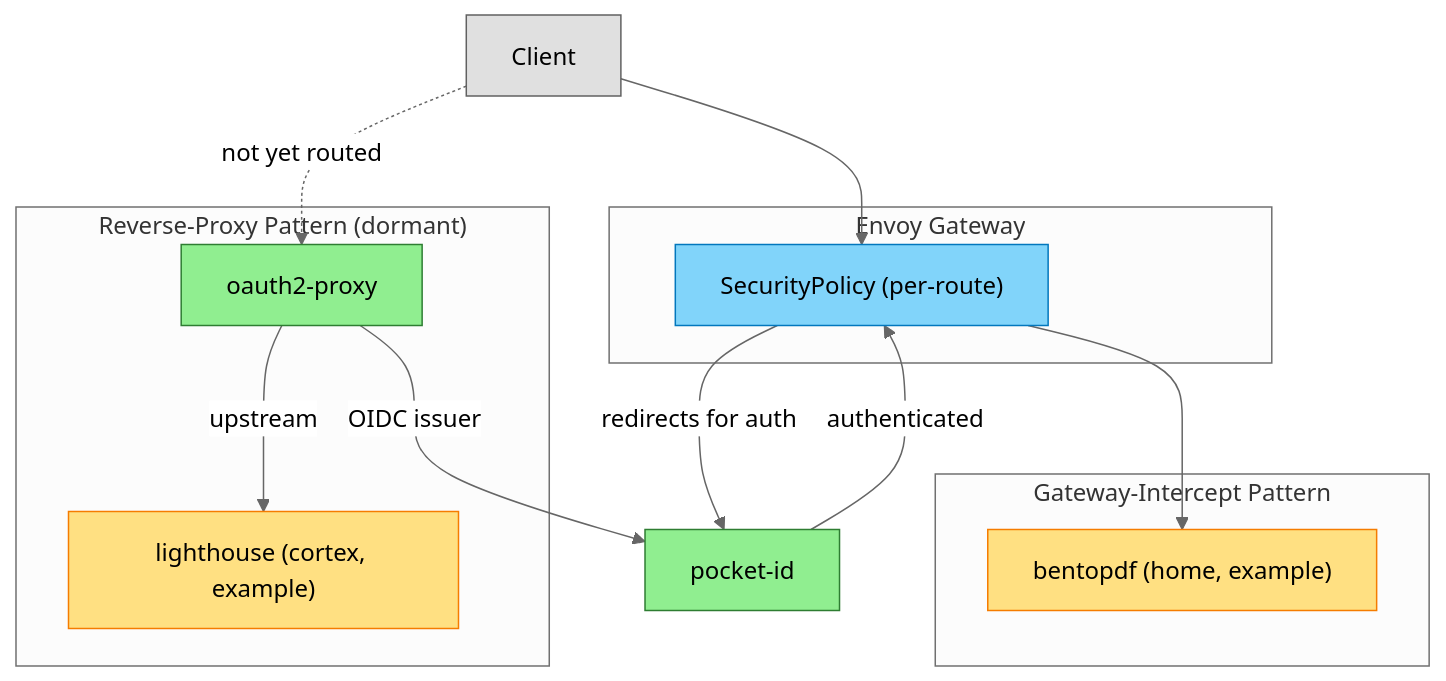
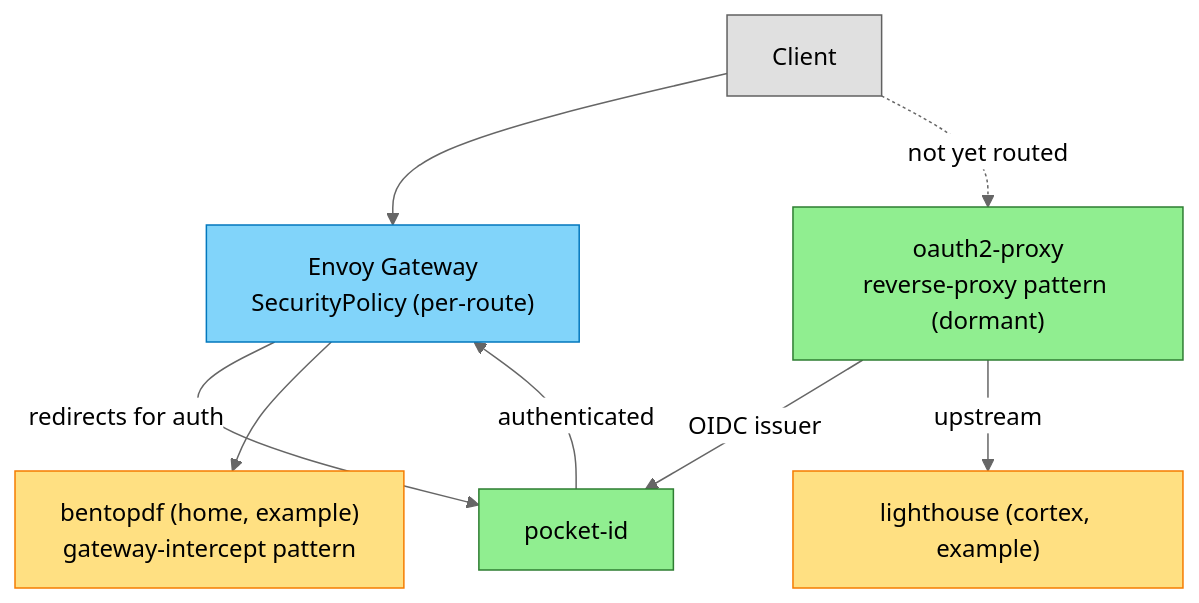
The diagram in docs/domains/auth/context.md (gavinmcfall/home-ops), drawn with Mermaid (neutral theme) before and after one commit. The commit also changed 6 other files, not shown here.

First line of the commit message:
fix(domains): renderer-proof diagrams + genre-tree data flow (#2570)

````diff
--- a/docs/domains/auth/context.md
+++ b/docs/domains/auth/context.md
@@ -22,43 +22,33 @@
 ```mermaid
 flowchart TB
     client["Client"]
-
-    subgraph Gateway["Envoy Gateway"]
-        envoy_securitypolicy["SecurityPolicy (per-route)"]
-    end
-
+    envoy_securitypolicy["Envoy Gateway<br>SecurityPolicy (per-route)"]
     pocket_id["pocket-id"]
-
-    subgraph GatewayPattern["Gateway-Intercept Pattern"]
-        bentopdf["bentopdf (home, example)"]
-    end
-
-    subgraph ProxyPattern["Reverse-Proxy Pattern (dormant)"]
-        oauth2_proxy["oauth2-proxy"]
-        lighthouse["lighthouse (cortex, example)"]
-    end
+    bentopdf["bentopdf (home, example)<br>gateway-intercept pattern"]
+    oauth2_proxy["oauth2-proxy<br>reverse-proxy pattern (dormant)"]
+    lighthouse["lighthouse (cortex, example)"]
 
     client --> envoy_securitypolicy
     envoy_securitypolicy -->|redirects for auth| pocket_id
     pocket_id -->|authenticated| envoy_securitypolicy
     envoy_securitypolicy --> bentopdf
 
     client -.->|not yet routed| oauth2_proxy
     oauth2_proxy -->|OIDC issuer| pocket_id
     oauth2_proxy -->|upstream| lighthouse
 
     classDef client fill:#E0E0E0,stroke:#616161,color:#000
     classDef gateway fill:#81D4FA,stroke:#0277BD,color:#000
     classDef auth fill:#90EE90,stroke:#2E7D32,color:#000
     classDef example fill:#FFE082,stroke:#F57C00,color:#000
 
     class client client
     class envoy_securitypolicy gateway
     class pocket_id,oauth2_proxy auth
     class bentopdf,lighthouse example
 
     %% MEANING: Two OIDC integration patterns against pocket-id -- (1) Envoy Gateway SecurityPolicy intercepts a route and redirects to pocket-id before forwarding to a backend with no native auth (bentopdf is NETWORKING.md's verified example); (2) oauth2-proxy is a reverse-proxy that itself authenticates against pocket-id as an OIDC client and forwards identity headers to an upstream (lighthouse), currently dormant -- no HTTPRoute points at it yet
     %% COLOR: Gray = client, Blue = gateway, Green = auth domain apps, Yellow = example backends in other domains (not auth-domain members)
     %% GOTCHA: bentopdf and lighthouse are NOT auth-domain apps -- they're included only as NETWORKING.md's documented example and oauth2-proxy's configured (but currently unrouted) upstream, to show what each pattern connects to. The dotted client->oauth2-proxy edge marks that no live HTTPRoute forwards traffic there yet (OAUTH2_PROXY_UPSTREAMS is pre-set for a future cutover).
-    %% NAVIGATION: Top-to-bottom -- one pocket-id serves both patterns; the gateway-intercept pattern (left) is live for apps like bentopdf, the reverse-proxy pattern (right) is configured but dormant
+    %% NAVIGATION: Top-to-bottom -- one pocket-id serves both patterns; pattern names ride in the node labels (no subgraph boxes, so no edge can cross a group title). The SecurityPolicy round-trip is the live gateway-intercept path; the oauth2-proxy chain is configured but dormant
 ```
````
